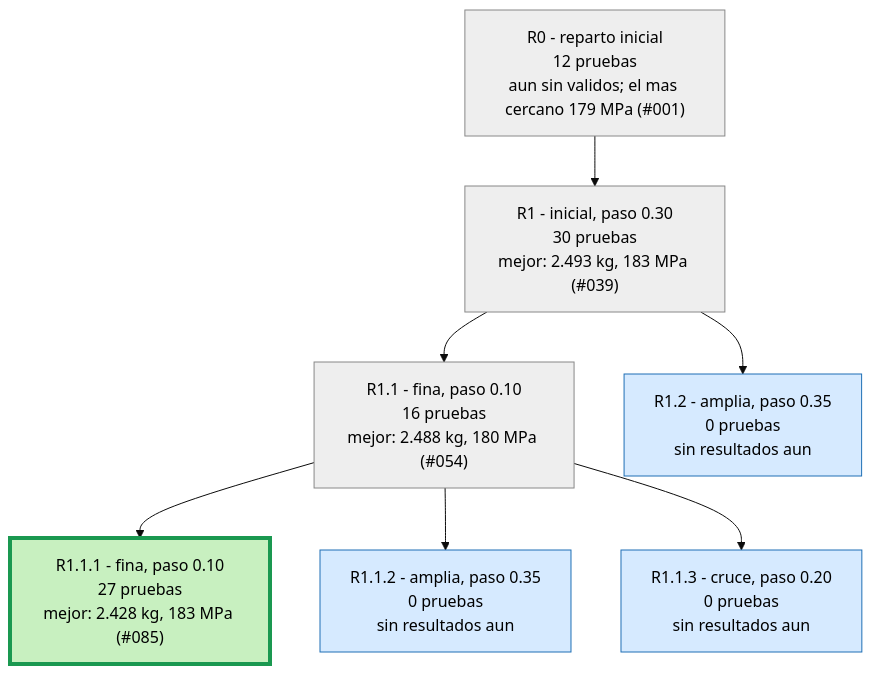
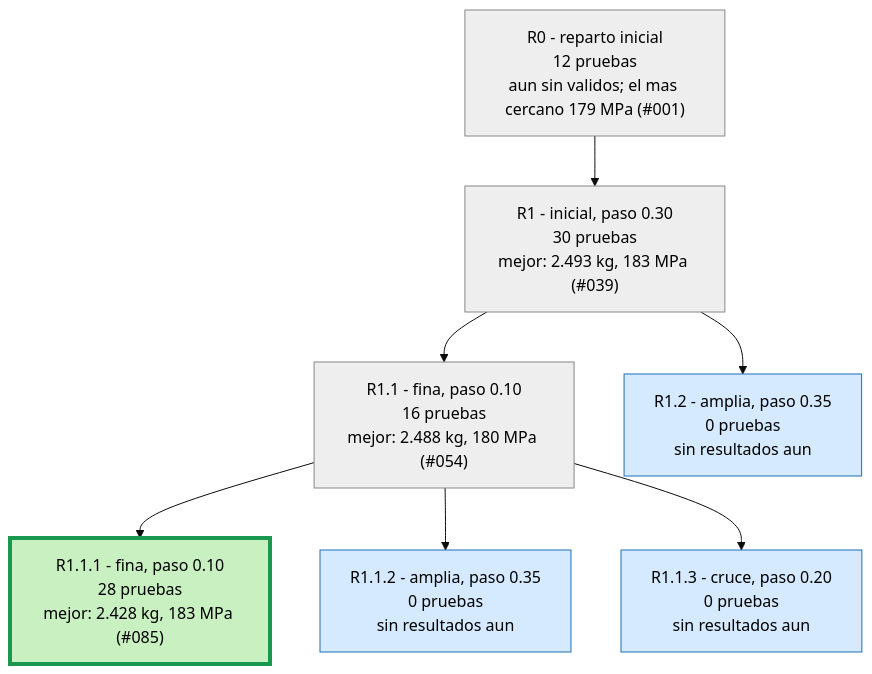
One commit to Hugiko/msd-soporte-optimizacion changed the second of 3 diagrams in runs/opt_37800N/ARBOL.md. Above: the diagram before and after it, drawn with Mermaid (base theme). The commit also changed 22 other files, not shown here.

````diff
--- a/runs/opt_37800N/ARBOL.md
+++ b/runs/opt_37800N/ARBOL.md
@@ -25,19 +25,19 @@
 ```mermaid
 graph TD
 classDef activa fill:#d6eaff,stroke:#1f6fb5,color:#000
 classDef fin fill:#eeeeee,stroke:#888,color:#000
 classDef mejor fill:#c8f0c0,stroke:#1a9850,stroke-width:4px,color:#000
 R0["R0 - reparto inicial<br/>12 pruebas<br/>aun sin validos; el mas cercano 179 MPa (#001)"]:::fin
 R1["R1 - inicial, paso 0.30<br/>30 pruebas<br/>mejor: 2.493 kg, 183 MPa (#039)"]:::fin
 R0 --> R1
 R1_1["R1.1 - fina, paso 0.10<br/>16 pruebas<br/>mejor: 2.488 kg, 180 MPa (#054)"]:::fin
 R1 --> R1_1
 R1_2["R1.2 - amplia, paso 0.35<br/>0 pruebas<br/>sin resultados aun"]:::activa
 R1 --> R1_2
-R1_1_1["R1.1.1 - fina, paso 0.10<br/>27 pruebas<br/>mejor: 2.428 kg, 183 MPa (#085)"]:::mejor
+R1_1_1["R1.1.1 - fina, paso 0.10<br/>28 pruebas<br/>mejor: 2.428 kg, 183 MPa (#085)"]:::mejor
 R1_1 --> R1_1_1
 R1_1_2["R1.1.2 - amplia, paso 0.35<br/>0 pruebas<br/>sin resultados aun"]:::activa
 R1_1 --> R1_1_2
 R1_1_3["R1.1.3 - cruce, paso 0.20<br/>0 pruebas<br/>sin resultados aun"]:::activa
 R1_1 --> R1_1_3
 ```
````
